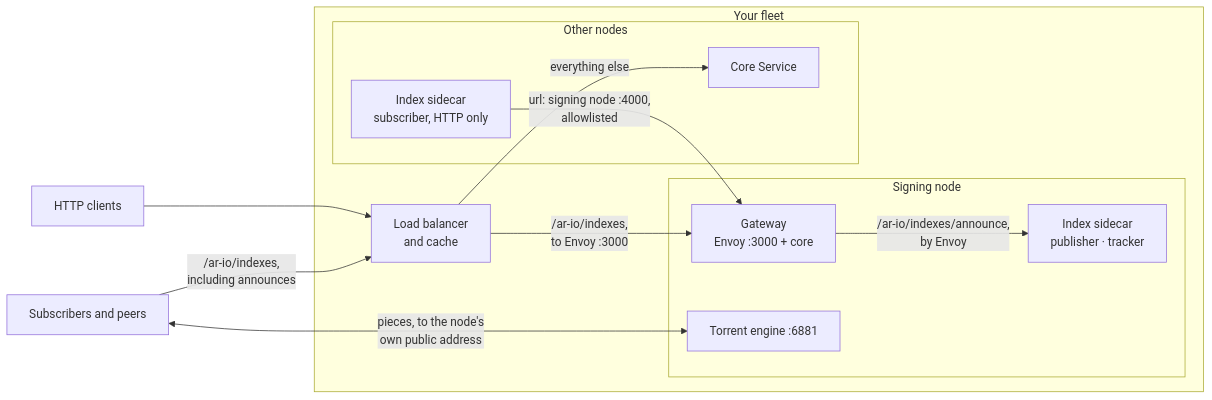
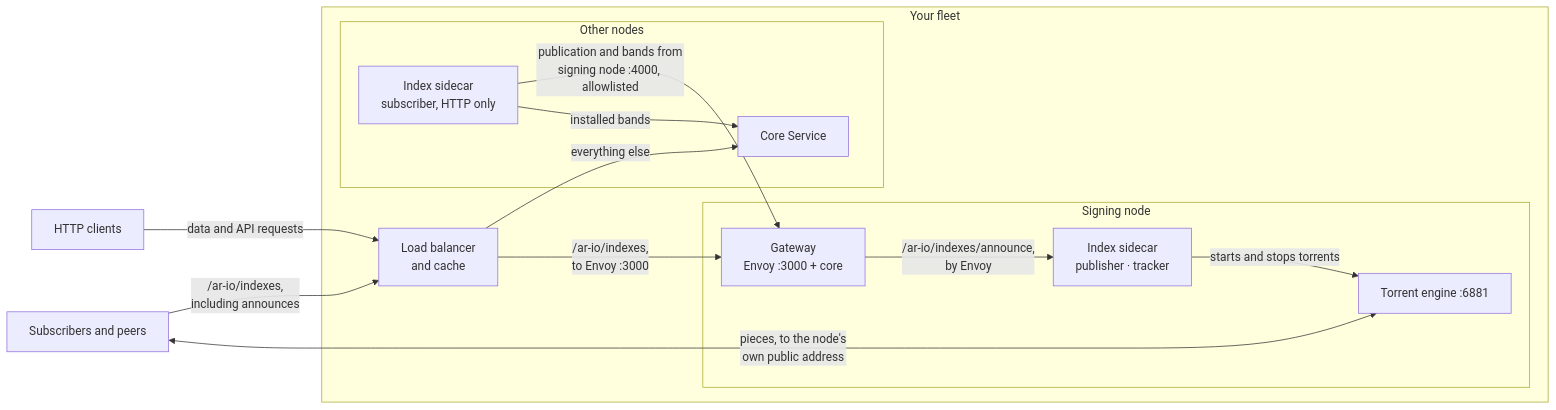
The second of 2 diagrams in content/build/run-a-gateway/manage/index-sharing.mdx (ar-io/docs), drawn with Mermaid before and after one commit. The commit also changed other lines of this file and 25 other files, not shown here.

````diff
--- a/content/build/run-a-gateway/manage/index-sharing.mdx
+++ b/content/build/run-a-gateway/manage/index-sharing.mdx
@@ -659,31 +666,35 @@
 ```mermaid
 graph LR
+    accTitle: In a fleet only the signing node publishes and seeds, and the load balancer pins /ar-io/indexes to it
+    accDescr: The load balancer sends /ar-io/indexes requests, including tracker announces, to the signing node's Envoy, and everything else to the other nodes. On the signing node, Envoy forwards announces to the index sidecar, which drives the torrent engine, and the engine exchanges pieces with peers on its own public address. The other nodes' sidecars subscribe over HTTP to the signing node's core directly and install bands for their own core.
     CLIENTS[HTTP clients]
     PEERS[Subscribers and peers]
 
     subgraph Fleet ["Your fleet"]
         LB[Load balancer<br/>and cache]
         subgraph Signer ["Signing node"]
             C1[Gateway<br/>Envoy :3000 + core]
             S1[Index sidecar<br/>publisher · tracker]
             E1[Torrent engine :6881]
         end
         subgraph Other ["Other nodes"]
             C2[Core Service]
             S2[Index sidecar<br/>subscriber, HTTP only]
         end
     end
 
-    CLIENTS --> LB
+    CLIENTS -->|data and API requests| LB
     PEERS -->|/ar-io/indexes,<br/>including announces| LB
     LB -->|/ar-io/indexes,<br/>to Envoy :3000| C1
     LB -->|everything else| C2
-    S2 -->|url: signing node :4000,<br/>allowlisted| C1
+    S2 -->|publication and bands from<br/>signing node :4000, allowlisted| C1
+    S2 -->|installed bands| C2
     PEERS <-->|pieces, to the node's<br/>own public address| E1
     C1 -->|/ar-io/indexes/announce,<br/>by Envoy| S1
+    S1 -->|starts and stops torrents| E1
 
-
-    class C1,C2,S1,S2,E1 dg-strong
+    class S1 dg-strong
+    class C1,C2,S2,E1 dg-soft
     class LB dg-muted
     class CLIENTS,PEERS dg-muted
 ```
````
